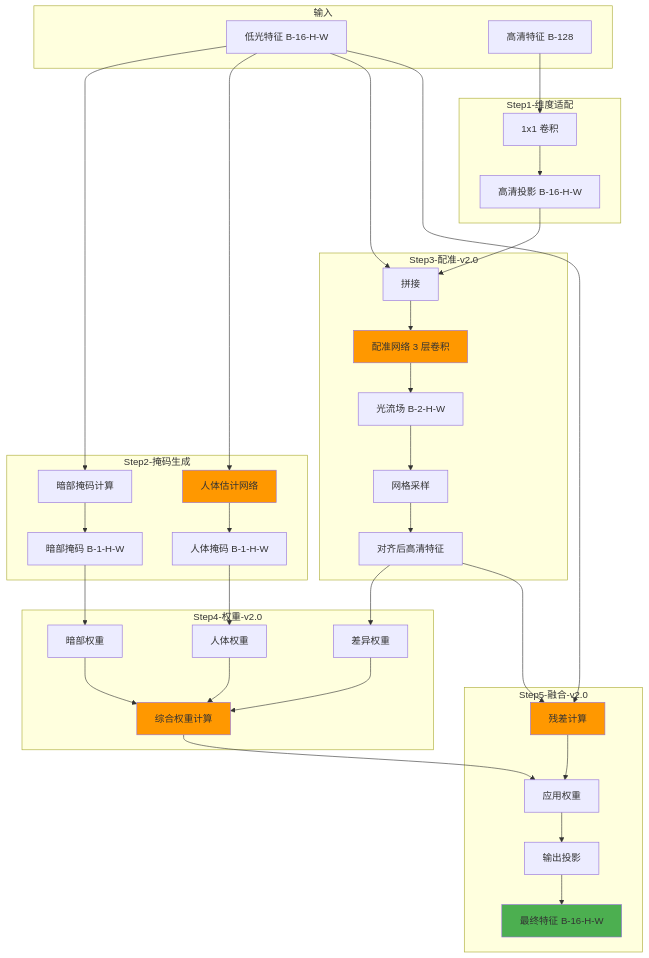
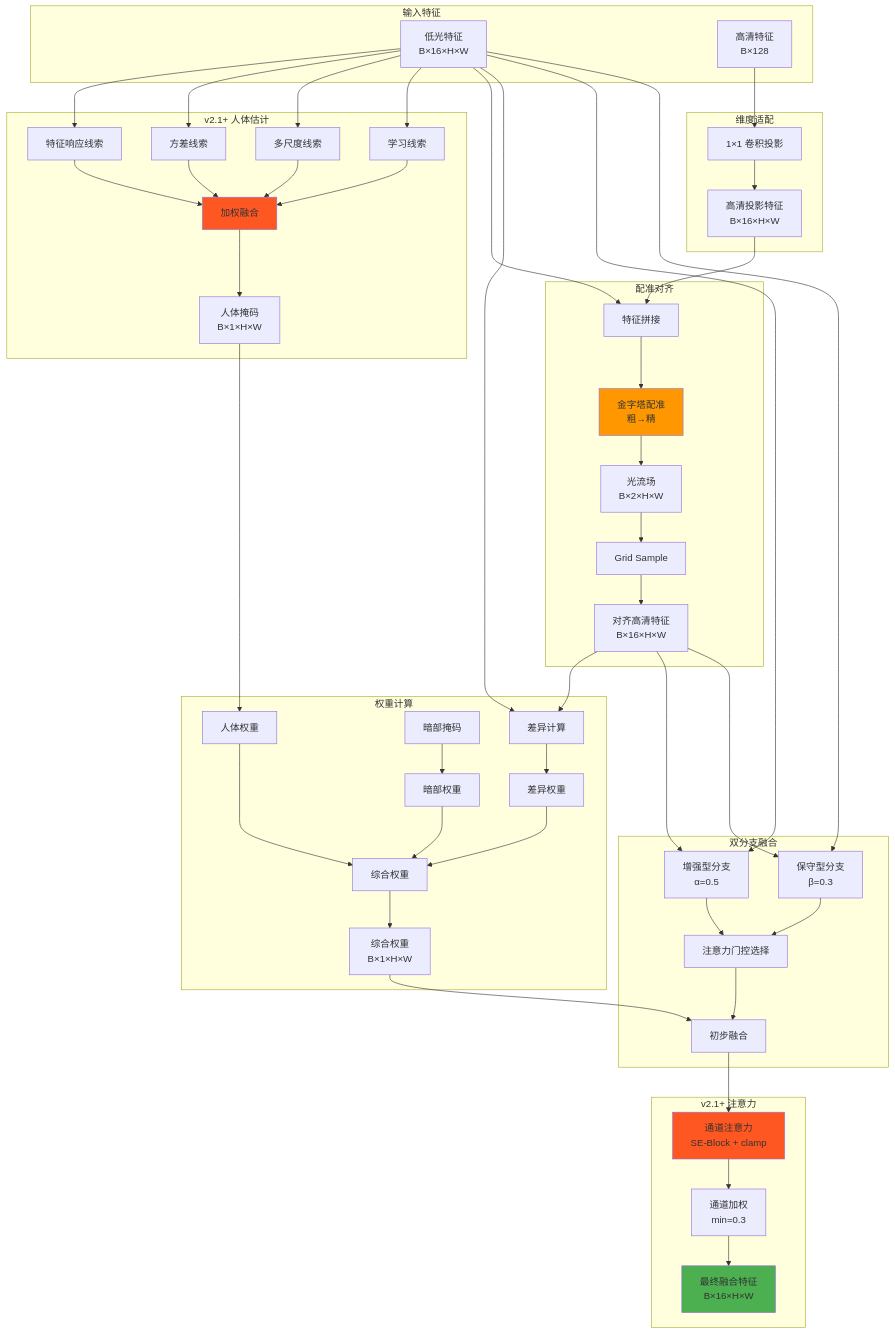
The second of 5 diagrams in README.md (moonway0127/yolo_low_light_enhance), drawn with Mermaid before and after one commit. The commit also changed other lines of this file and 25 other files, not shown here.

````diff
--- a/README.md
+++ b/README.md
@@ -98,52 +102,67 @@
 ```mermaid
 graph TB
-    subgraph 输入
-        A[低光特征 B-16-H-W]
-        B[高清特征 B-128]
+    subgraph 输入特征
+        A[低光特征<br/>B×16×H×W]
+        B[高清特征<br/>B×128]
     end
     
-    subgraph Step1-维度适配
-        B --> C[1x1 卷积]
-        C --> D[高清投影 B-16-H-W]
+    subgraph 维度适配
+        B --> C[1×1 卷积投影]
+        C --> D[高清投影特征<br/>B×16×H×W]
     end
     
-    subgraph Step2-掩码生成
-        A --> E[暗部掩码计算]
-        E --> F[暗部掩码 B-1-H-W]
-        A --> G[人体估计网络]
-        G --> H[人体掩码 B-1-H-W]
+    subgraph v2.1+ 人体估计
+        A --> E[特征响应线索]
+        A --> F[方差线索]
+        A --> G[多尺度线索]
+        A --> H[学习线索]
+        E --> I[加权融合]
+        F --> I
+        G --> I
+        H --> I
+        I --> J[人体掩码<br/>B×1×H×W]
     end
     
-    subgraph Step3-配准-v2.0
-        A --> I[拼接]
-        D --> I
-        I --> J[配准网络 3 层卷积]
-        J --> K[光流场 B-2-H-W]
-        K --> L[网格采样]
-        L --> M[对齐后高清特征]
+    subgraph 配准对齐
+        A --> K[特征拼接]
+        D --> K
+        K --> L[金字塔配准<br/>粗→精]
+        L --> M[光流场<br/>B×2×H×W]
+        M --> N[Grid Sample]
+        N --> O[对齐高清特征<br/>B×16×H×W]
     end
     
-    subgraph Step4-权重-v2.0
-        H --> N[人体权重]
-        F --> O[暗部权重]
-        M --> P[差异权重]
-        N --> Q[综合权重计算]
-        O --> Q
-        P --> Q
+    subgraph 权重计算
+        J --> P[人体权重]
+        Q[暗部掩码] --> R[暗部权重]
+        A --> S[差异计算]
+        O --> S
+        S --> T[差异权重]
+        P --> U[综合权重]
+        R --> U
+        T --> U
+        U --> V[综合权重<br/>B×1×H×W]
     end
     
-    subgraph Step5-融合-v2.0
-        M --> R[残差计算]
-        A --> R
-        R --> S[应用权重]
-        Q --> S
-        S --> T[输出投影]
-        T --> U[最终特征 B-16-H-W]
+    subgraph 双分支融合
+        O --> W[增强型分支<br/>α=0.5]
+        A --> W
+        O --> X[保守型分支<br/>β=0.3]
+        A --> X
+        W --> Y[注意力门控选择]
+        X --> Y
+        Y --> Z[初步融合]
+        V --> Z
     end
     
-    style J fill:#ff9800
-    style G fill:#ff9800
-    style Q fill:#ff9800
-    style R fill:#ff9800
-    style U fill:#4caf50
+    subgraph v2.1+ 注意力
+        Z --> AA[通道注意力<br/>SE-Block + clamp]
+        AA --> AB[通道加权<br/>min=0.3]
+        AB --> AC[最终融合特征<br/>B×16×H×W]
+    end
+    
+    style I fill:#ff5722
+    style L fill:#ff9800
+    style AA fill:#ff5722
+    style AC fill:#4caf50
 ```
````
